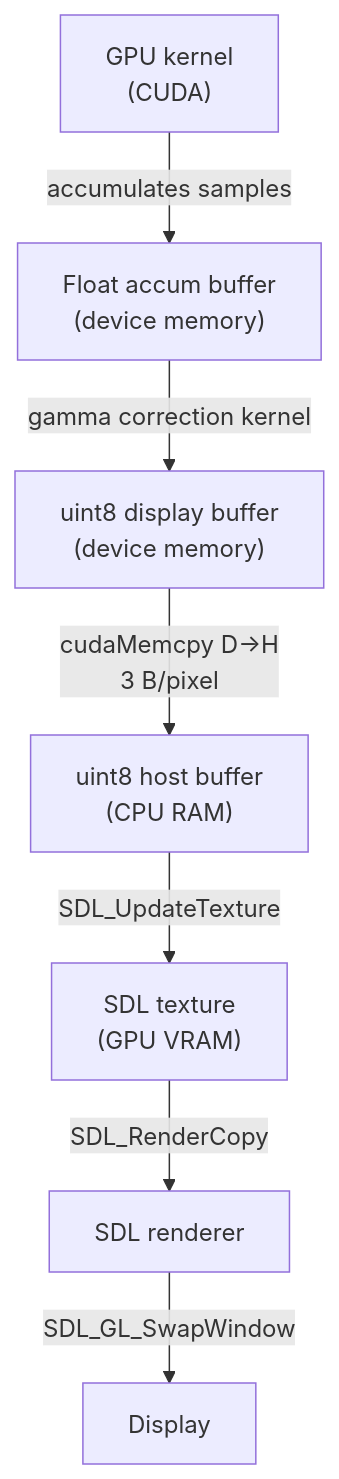
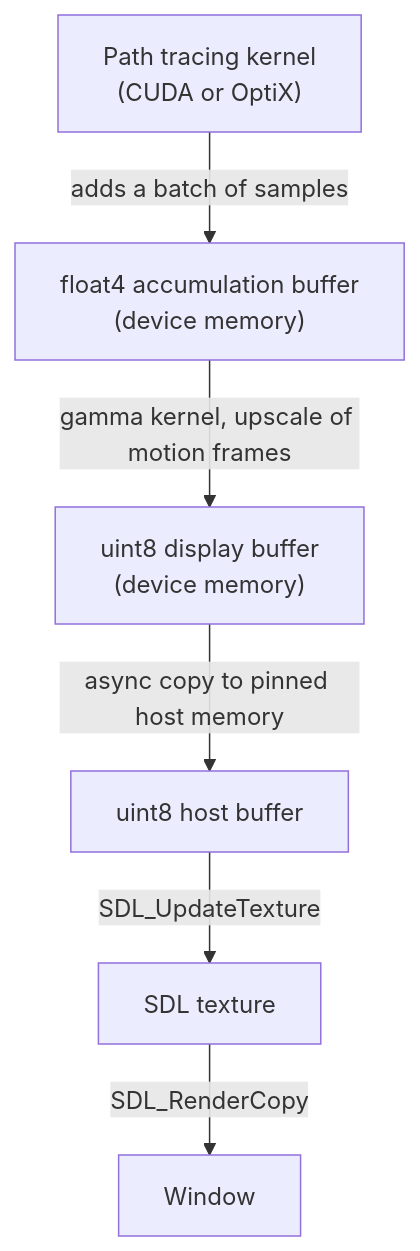
One commit to pmudry/RayON changed the diagram in website/docs/features/interactive.md. Above: the diagram before and after it, drawn with Mermaid. The commit also changed other lines of this file and 53 other files, not shown here.

````diff
--- a/website/docs/features/interactive.md
+++ b/website/docs/features/interactive.md
@@ -85,9 +170,8 @@
 ```mermaid
 flowchart TD
-    A["GPU kernel\n(CUDA)"] -->|accumulates samples| B["Float accum buffer\n(device memory)"]
-    B -->|gamma correction kernel| C["uint8 display buffer\n(device memory)"]
-    C -->|cudaMemcpy D→H\n3 B/pixel| D["uint8 host buffer\n(CPU RAM)"]
-    D -->|SDL_UpdateTexture| E["SDL texture\n(GPU VRAM)"]
-    E -->|SDL_RenderCopy| F["SDL renderer"]
-    F -->|SDL_GL_SwapWindow| G["Display"]
+    A["Path tracing kernel\n(CUDA or OptiX)"] -->|adds a batch of samples| B["float4 accumulation buffer\n(device memory)"]
+    B -->|gamma kernel, upscale of motion frames| C["uint8 display buffer\n(device memory)"]
+    C -->|async copy to pinned host memory| D["uint8 host buffer"]
+    D -->|SDL_UpdateTexture| E["SDL texture"]
+    E -->|SDL_RenderCopy| F["Window"]
 ```
````
